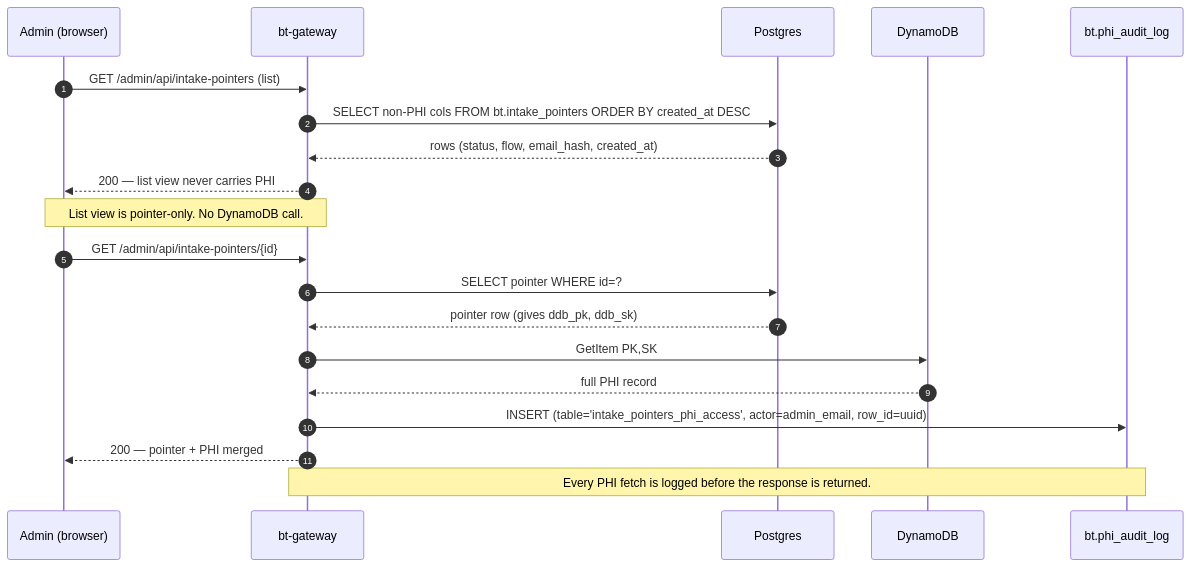
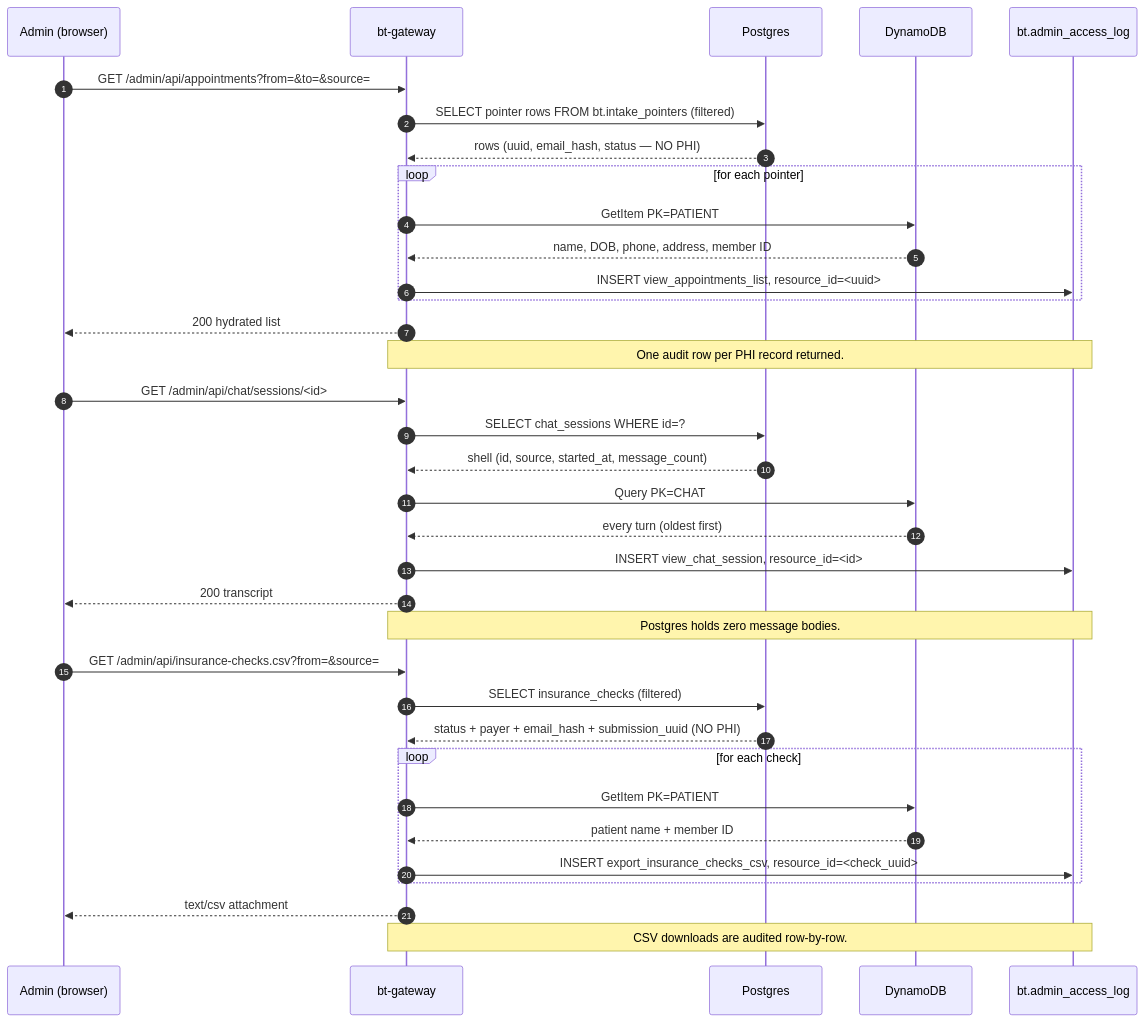
One commit to shankasf/brightertomorrow changed the fourth of 10 diagrams in README.md. Above: the diagram before and after it, drawn with Mermaid. The commit also changed other lines of this file and 9 other files, not shown here.

First line of the commit message:
feat(hipaa): move chat transcripts off Postgres into DynamoDB

````diff
--- a/README.md
+++ b/README.md
@@ -374,24 +400,40 @@
 ```mermaid
 sequenceDiagram
     autonumber
     participant A as Admin (browser)
     participant GW as bt-gateway
     participant PG as Postgres
     participant DDB as DynamoDB
-    participant AUD as bt.phi_audit_log
+    participant AUD as bt.admin_access_log
 
-    A->>GW: GET /admin/api/intake-pointers (list)
-    GW->>PG: SELECT non-PHI cols FROM bt.intake_pointers ORDER BY created_at DESC
-    PG-->>GW: rows (status, flow, email_hash, created_at)
-    GW-->>A: 200 — list view never carries PHI
-    Note over A,GW: List view is pointer-only. No DynamoDB call.
+    A->>GW: GET /admin/api/appointments?from=&to=&source=
+    GW->>PG: SELECT pointer rows FROM bt.intake_pointers (filtered)
+    PG-->>GW: rows (uuid, email_hash, status — NO PHI)
+    loop for each pointer
+        GW->>DDB: GetItem PK=PATIENT#<hash> SK=INTAKE#<uuid>
+        DDB-->>GW: name, DOB, phone, address, member ID
+        GW->>AUD: INSERT view_appointments_list, resource_id=<uuid>
+    end
+    GW-->>A: 200 hydrated list
+    Note over GW,AUD: One audit row per PHI record returned.
 
-    A->>GW: GET /admin/api/intake-pointers/{id}
-    GW->>PG: SELECT pointer WHERE id=?
-    PG-->>GW: pointer row (gives ddb_pk, ddb_sk)
-    GW->>DDB: GetItem PK,SK
-    DDB-->>GW: full PHI record
-    GW->>AUD: INSERT (table='intake_pointers_phi_access', actor=admin_email, row_id=uuid)
-    GW-->>A: 200 — pointer + PHI merged
-    Note over GW,AUD: Every PHI fetch is logged before the response is returned.
+    A->>GW: GET /admin/api/chat/sessions/<id>
+    GW->>PG: SELECT chat_sessions WHERE id=?
+    PG-->>GW: shell (id, source, started_at, message_count)
+    GW->>DDB: Query PK=CHAT#<id> AND begins_with(SK,'TURN#')
+    DDB-->>GW: every turn (oldest first)
+    GW->>AUD: INSERT view_chat_session, resource_id=<id>
+    GW-->>A: 200 transcript
+    Note over GW,AUD: Postgres holds zero message bodies.
+
+    A->>GW: GET /admin/api/insurance-checks.csv?from=&source=
+    GW->>PG: SELECT insurance_checks (filtered)
+    PG-->>GW: status + payer + email_hash + submission_uuid (NO PHI)
+    loop for each check
+        GW->>DDB: GetItem PK=PATIENT#<hash> SK=INTAKE#<uuid>
+        DDB-->>GW: patient name + member ID
+        GW->>AUD: INSERT export_insurance_checks_csv, resource_id=<check_uuid>
+    end
+    GW-->>A: text/csv attachment
+    Note over GW,AUD: CSV downloads are audited row-by-row.
 ```
````
